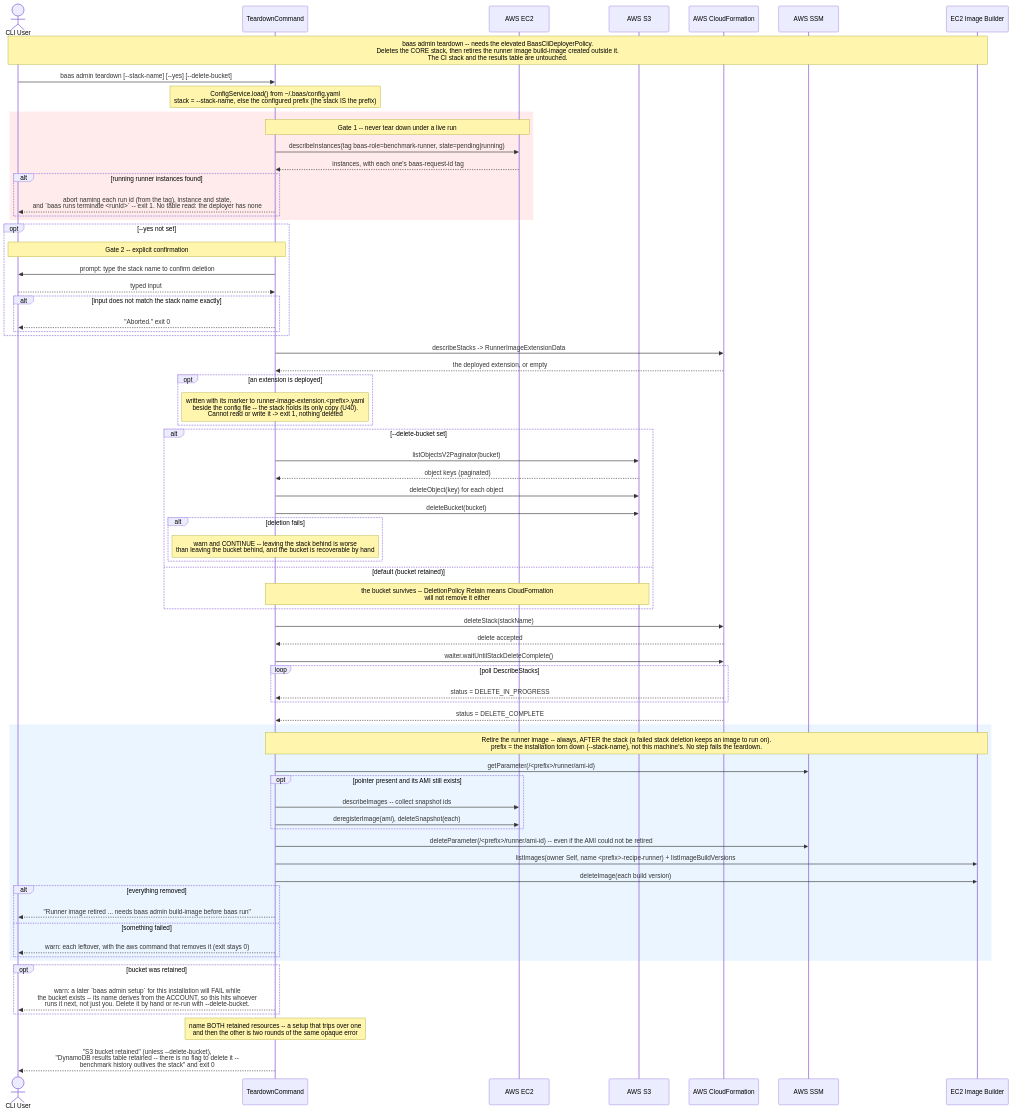
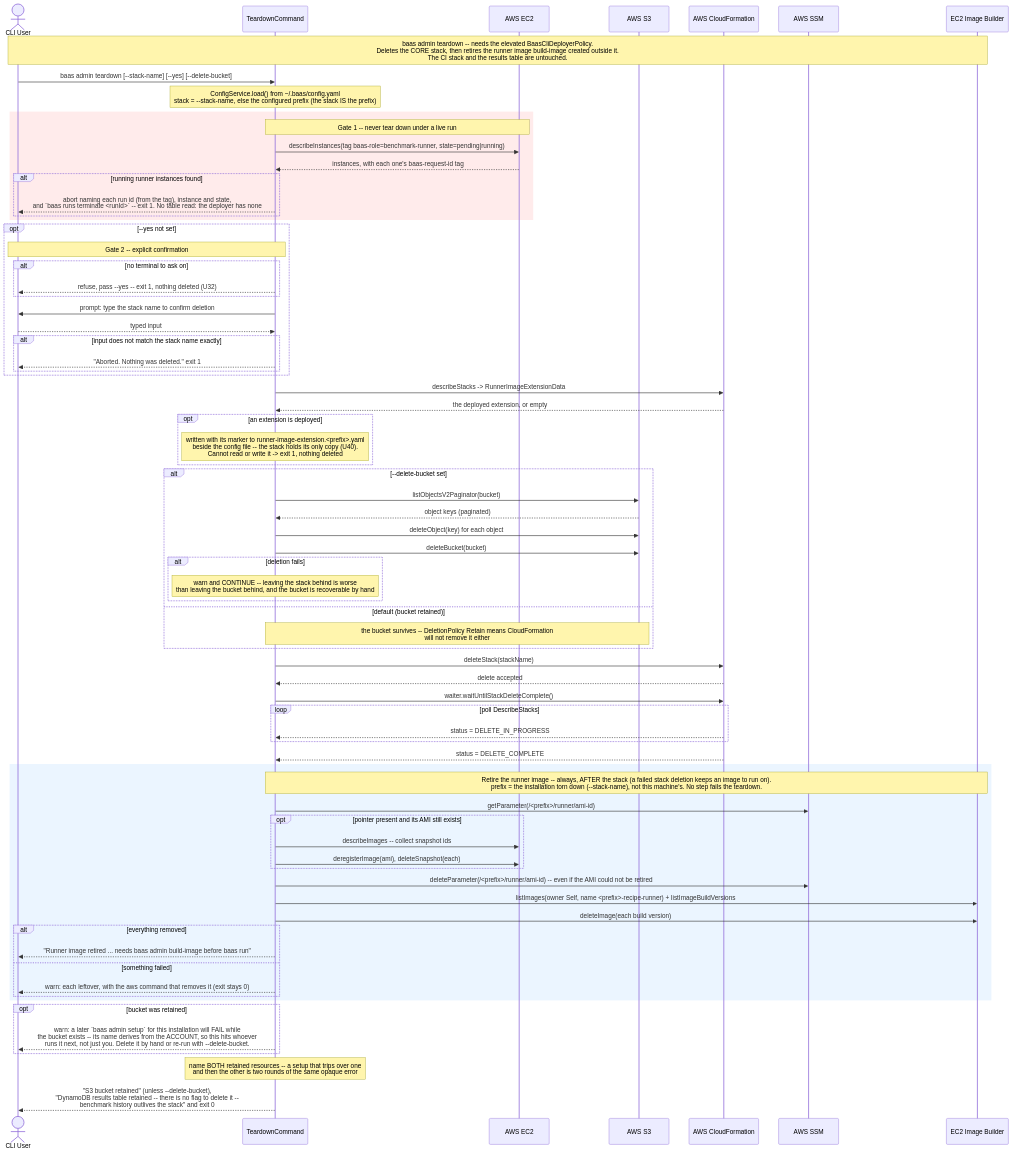
One commit to wsztajerowski/benchmark-as-a-service changed the diagram in docs/diagrams/baas-teardown.mmd. Above: the diagram before and after it, drawn with Mermaid. The commit also changed 14 other files, not shown here.

```diff
--- a/docs/diagrams/baas-teardown.mmd
+++ b/docs/diagrams/baas-teardown.mmd
@@ -1,79 +1,82 @@
 sequenceDiagram
     actor User as CLI User
     participant TD as TeardownCommand
     participant EC2 as AWS EC2
     participant S3 as AWS S3
     participant CF as AWS CloudFormation
     participant SSM as AWS SSM
     participant IB as EC2 Image Builder
 
     Note over User,IB: baas admin teardown -- needs the elevated BaasCliDeployerPolicy.<br/>Deletes the CORE stack, then retires the runner image build-image created outside it.<br/>The CI stack and the results table are untouched.
     User->>TD: baas admin teardown [--stack-name] [--yes] [--delete-bucket]
     Note over TD: ConfigService.load() from ~/.baas/config.yaml<br/>stack = --stack-name, else the configured prefix (the stack IS the prefix)
 
     rect rgb(255, 235, 235)
         Note over TD,EC2: Gate 1 -- never tear down under a live run
         TD->>EC2: describeInstances(tag baas-role=benchmark-runner, state=pending|running)
         EC2-->>TD: instances, with each one's baas-request-id tag
         alt running runner instances found
             TD-->>User: abort naming each run id (from the tag), instance and state,<br/>and `baas runs terminate <runId>` -- exit 1. No table read: the deployer has none
         end
     end
 
     opt --yes not set
         Note over TD,User: Gate 2 -- explicit confirmation
+        alt no terminal to ask on
+            TD-->>User: refuse, pass --yes -- exit 1, nothing deleted (U32)
+        end
         TD->>User: prompt: type the stack name to confirm deletion
         User-->>TD: typed input
         alt input does not match the stack name exactly
-            TD-->>User: "Aborted." exit 0
+            TD-->>User: "Aborted. Nothing was deleted." exit 1
         end
     end
 
     TD->>CF: describeStacks -> RunnerImageExtensionData
     CF-->>TD: the deployed extension, or empty
     opt an extension is deployed
         Note over TD: written with its marker to runner-image-extension.<prefix>.yaml<br/>beside the config file -- the stack holds its only copy (U40).<br/>Cannot read or write it -> exit 1, nothing deleted
     end
 
     alt --delete-bucket set
         TD->>S3: listObjectsV2Paginator(bucket)
         S3-->>TD: object keys (paginated)
         TD->>S3: deleteObject(key) for each object
         TD->>S3: deleteBucket(bucket)
         alt deletion fails
             Note over TD: warn and CONTINUE -- leaving the stack behind is worse<br/>than leaving the bucket behind, and the bucket is recoverable by hand
         end
     else default (bucket retained)
         Note over TD,S3: the bucket survives -- DeletionPolicy Retain means CloudFormation<br/>will not remove it either
     end
 
     TD->>CF: deleteStack(stackName)
     CF-->>TD: delete accepted
     TD->>CF: waiter.waitUntilStackDeleteComplete()
     loop poll DescribeStacks
         CF-->>TD: status = DELETE_IN_PROGRESS
     end
     CF-->>TD: status = DELETE_COMPLETE
 
     rect rgb(235, 245, 255)
         Note over TD,IB: Retire the runner image -- always, AFTER the stack (a failed stack deletion keeps an image to run on).<br/>prefix = the installation torn down (--stack-name), not this machine's. No step fails the teardown.
         TD->>SSM: getParameter(/<prefix>/runner/ami-id)
         opt pointer present and its AMI still exists
             TD->>EC2: describeImages -- collect snapshot ids
             TD->>EC2: deregisterImage(ami), deleteSnapshot(each)
         end
         TD->>SSM: deleteParameter(/<prefix>/runner/ami-id) -- even if the AMI could not be retired
         TD->>IB: listImages(owner Self, name <prefix>-recipe-runner) + listImageBuildVersions
         TD->>IB: deleteImage(each build version)
         alt everything removed
             TD-->>User: "Runner image retired ... needs baas admin build-image before baas run"
         else something failed
             TD-->>User: warn: each leftover, with the aws command that removes it (exit stays 0)
         end
     end
 
     opt bucket was retained
         TD-->>User: warn: a later `baas admin setup` for this installation will FAIL while<br/>the bucket exists -- its name derives from the ACCOUNT, so this hits whoever<br/>runs it next, not just you. Delete it by hand or re-run with --delete-bucket.
     end
     Note over TD: name BOTH retained resources -- a setup that trips over one<br/>and then the other is two rounds of the same opaque error
     TD-->>User: "S3 bucket retained" (unless --delete-bucket),<br/>"DynamoDB results table retained -- there is no flag to delete it --<br/>benchmark history outlives the stack" and exit 0
```
